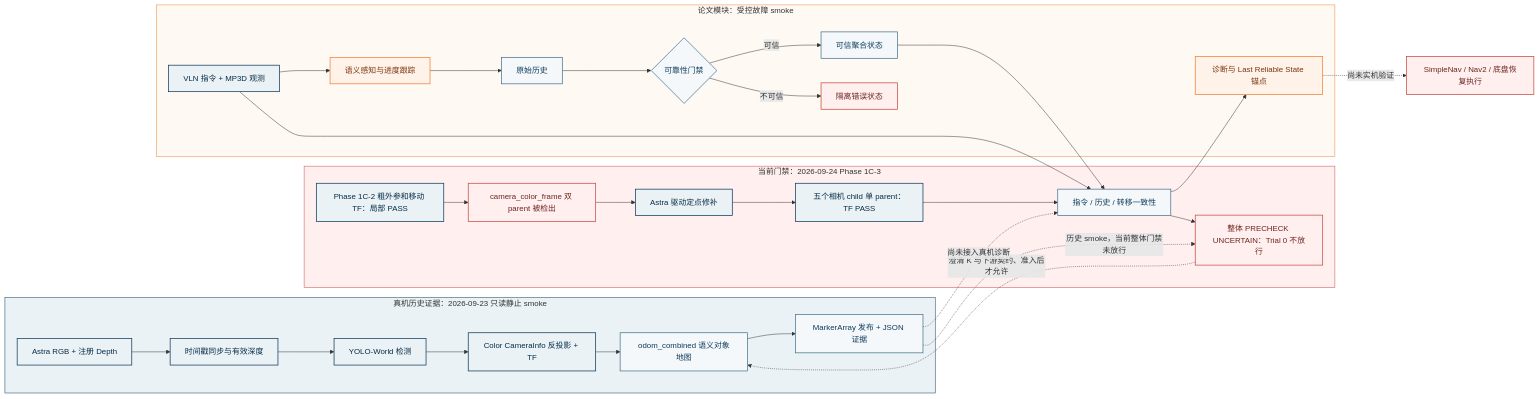
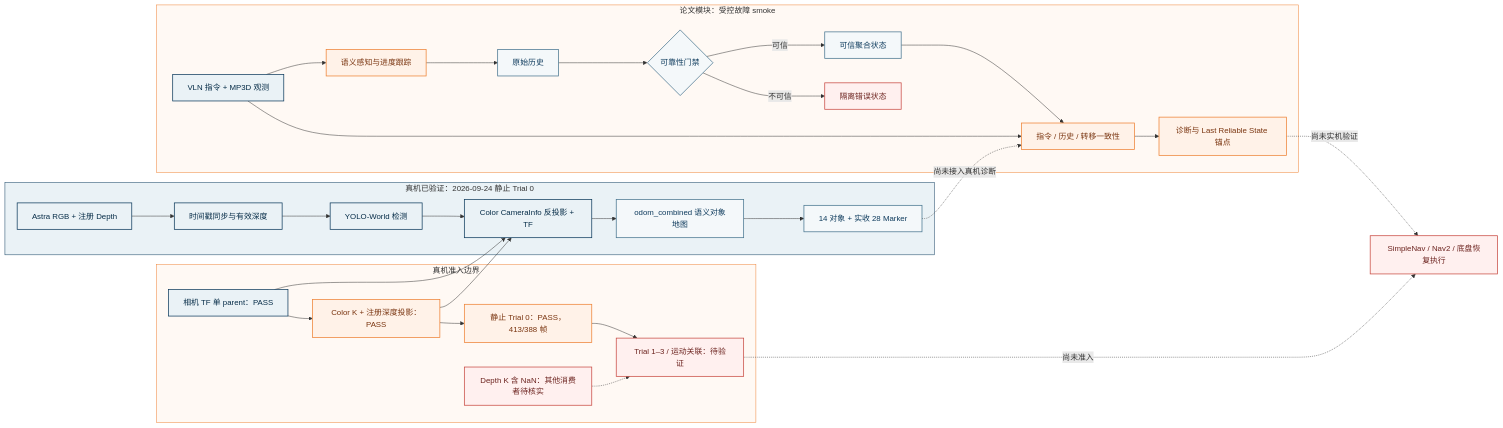
Before and after one commit to lijinghai/lijinghai.github.io: the diagram in RabbitRobotNav/system-flow.mmd, drawn with Mermaid. The commit also changed 15 other files, not shown here.

First line of the commit message:
更新 RabbitRobotNav 网站的静止 Trial 0 证据与真机图片

```diff
--- a/RabbitRobotNav/system-flow.mmd
+++ b/RabbitRobotNav/system-flow.mmd
@@ -1,47 +1,45 @@
 flowchart LR
-    subgraph robot["真机历史证据：2026-09-23 只读静止 smoke"]
+    subgraph robot["真机已验证：2026-09-24 静止 Trial 0"]
         RGB["Astra RGB + 注册 Depth"] --> SYNC["时间戳同步与有效深度"]
         SYNC --> YOLO["YOLO-World 检测"]
         YOLO --> GEO["Color CameraInfo 反投影 + TF"]
         GEO --> MAP["odom_combined 语义对象地图"]
-        MAP --> PUB["MarkerArray 发布 + JSON 证据"]
+        MAP --> PUB["14 对象 + 实收 28 Marker"]
     end
 
-    subgraph gate["当前门禁：2026-09-24 Phase 1C-3"]
-        CAL["Phase 1C-2 粗外参和移动 TF：局部 PASS"] --> BAD["camera_color_frame 双 parent 被检出"]
-        BAD --> FIX["Astra 驱动定点修补"]
-        FIX --> AUDIT["五个相机 child 单 parent：TF PASS"]
-        AUDIT --> K["Depth CameraInfo K 含四个 NaN"]
-        K --> STOP["整体 PRECHECK UNCERTAIN：Trial 0 不放行"]
+    subgraph gate["真机准入边界"]
+        AUDIT["相机 TF 单 parent：PASS"] --> PROJ["Color K + 注册深度投影：PASS"]
+        PROJ --> STATIC["静止 Trial 0：PASS，413/388 帧"]
+        STATIC --> MOBILE["Trial 1–3 / 运动关联：待验证"]
+        DK["Depth K 含 NaN：其他消费者待核实"] -.-> MOBILE
     end
 
     subgraph thesis["论文模块：受控故障 smoke"]
         I["VLN 指令 + MP3D 观测"] --> P["语义感知与进度跟踪"]
         P --> R["原始历史"]
         R --> G{"可靠性门禁"}
         G -->|"可信"| T["可信聚合状态"]
         G -->|"不可信"| X["隔离错误状态"]
-        T --> K["指令 / 历史 / 转移一致性"]
-        I --> K
-        K --> D["诊断与 Last Reliable State 锚点"]
+        T --> CHECK["指令 / 历史 / 转移一致性"]
+        I --> CHECK
+        CHECK --> D["诊断与 Last Reliable State 锚点"]
     end
 
-    PUB -.->|"历史 smoke，当前整体门禁未放行"| STOP
-    STOP -.->|"澄清 K 与下游契约、准入后才允许"| MAP
-    PUB -.->|"尚未接入真机诊断"| K
+    AUDIT --> GEO
+    PROJ --> GEO
+    PUB -.->|"尚未接入真机诊断"| CHECK
     D -.->|"尚未实机验证"| E["SimpleNav / Nav2 / 底盘恢复执行"]
+    MOBILE -.->|"尚未准入"| E
 
     classDef input fill:#eaf2f6,stroke:#0e3b5d,color:#072d48,stroke-width:1.5px;
     classDef core fill:#fff2e8,stroke:#ee8234,color:#7a3510,stroke-width:1.5px;
     classDef memoryNode fill:#f4f8fa,stroke:#47758f,color:#0e3b5d,stroke-width:1.5px;
     classDef boundary fill:#fff0ef,stroke:#c84a42,color:#6d2420,stroke-width:1.5px;
     class RGB,SYNC,YOLO,GEO,I input;
-    class P,K,D core;
+    class P,CHECK,D,PROJ,STATIC core;
     class R,G,T,MAP,PUB memoryNode;
-    class X,E boundary;
-    class BAD,STOP boundary;
-    class CAL,AUDIT,FIX input;
-    class K memoryNode;
+    class X,E,MOBILE,DK boundary;
+    class AUDIT input;
     style robot fill:#eaf2f6,stroke:#0e3b5d,stroke-width:1px
-    style gate fill:#fff0ef,stroke:#c84a42,stroke-width:1px
+    style gate fill:#fff9f4,stroke:#ee8234,stroke-width:1px
     style thesis fill:#fff9f4,stroke:#ee8234,stroke-width:1px
```
